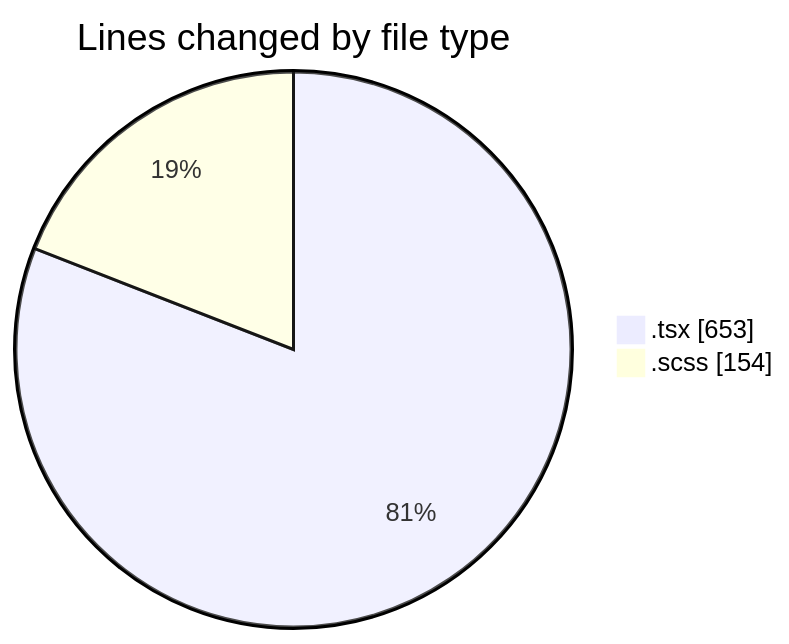
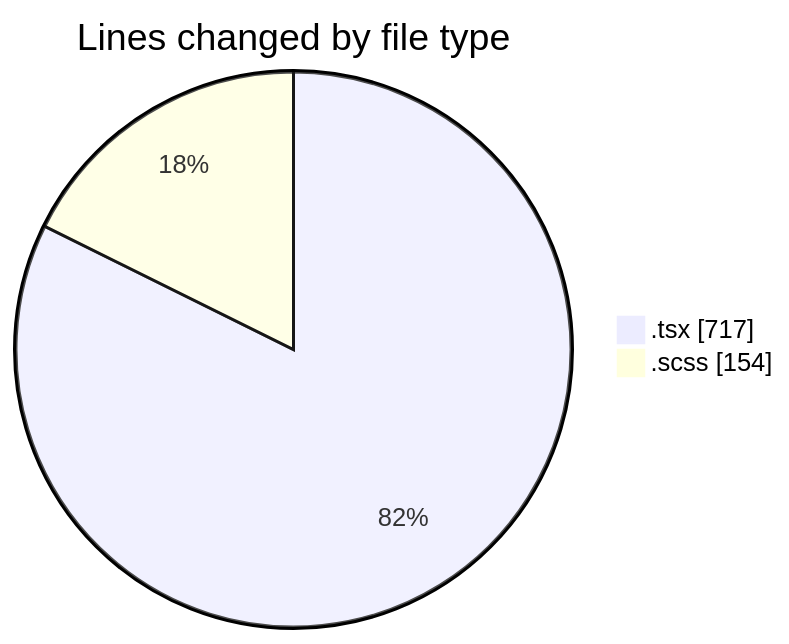
Before and after one commit to momahboobian/code-tracking: the first of 2 diagrams in 2025-10-01/cda/README.md, drawn with Mermaid. The commit also changed other lines of this file and 1 other file, not shown here.

````diff
--- a/2025-10-01/cda/README.md
+++ b/2025-10-01/cda/README.md
@@ -22,6 +23,6 @@
 ```mermaid
 pie showData
 title Lines changed by file type
-".tsx" : 653
+".tsx" : 717
 ".scss" : 154
 ```
````
